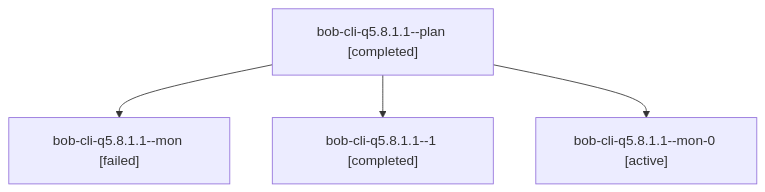
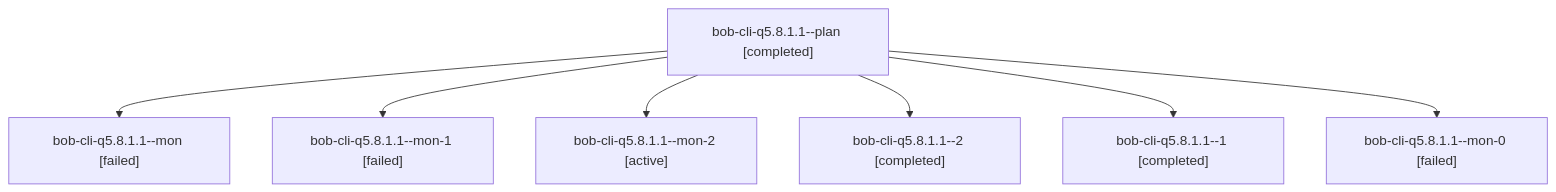
One commit to bobs-org/bob-cli--agents changed the diagram in sessions/bbugyi200.athena.bob-cli-q5.8.1.1.md. Above: the diagram before and after it, drawn with Mermaid. The commit also changed other lines of this file and 179 other files, not shown here.

````diff
--- a/sessions/bbugyi200.athena.bob-cli-q5.8.1.1.md
+++ b/sessions/bbugyi200.athena.bob-cli-q5.8.1.1.md
@@ -9,10 +9,16 @@
 ```mermaid
 flowchart TD
   n0["bob-cli-q5.8.1.1--plan [completed]"]
   n1["bob-cli-q5.8.1.1--mon [failed]"]
   n0 --> n1
-  n2["bob-cli-q5.8.1.1--1 [completed]"]
+  n2["bob-cli-q5.8.1.1--mon-1 [failed]"]
   n0 --> n2
-  n3["bob-cli-q5.8.1.1--mon-0 [active]"]
+  n3["bob-cli-q5.8.1.1--mon-2 [active]"]
   n0 --> n3
+  n4["bob-cli-q5.8.1.1--2 [completed]"]
+  n0 --> n4
+  n5["bob-cli-q5.8.1.1--1 [completed]"]
+  n0 --> n5
+  n6["bob-cli-q5.8.1.1--mon-0 [failed]"]
+  n0 --> n6
 ```
````
